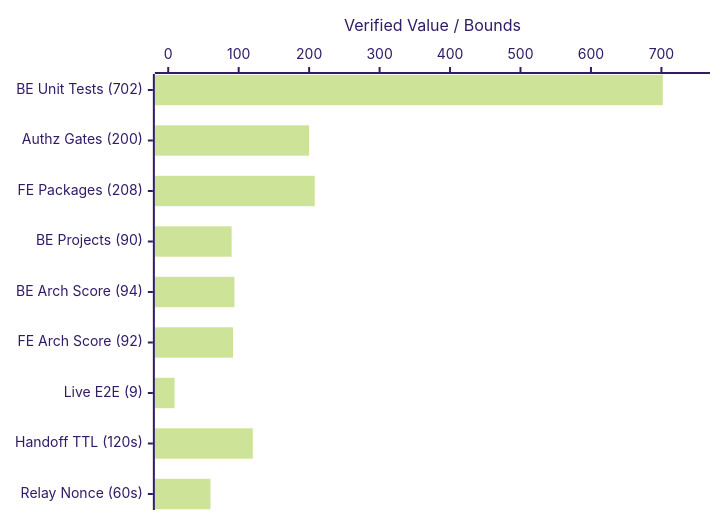
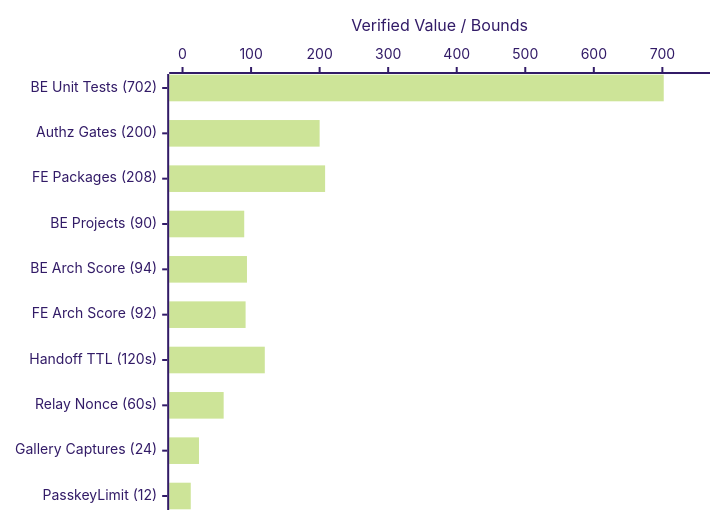
One commit to SCRIPE-org/SCRIPE-Docs-Portal changed the diagram in public/archify-hub/specs/central-identity-federation-fullstack.archify.md. Above: the diagram before and after it, drawn with Mermaid (forest theme). The commit also changed other lines of this file and 7 other files, not shown here.

Commit message:
docs(archify-hub): update Central Identity Federation v3.3.0 artifacts for post-MFA bridge, 3-DB parity, and Cloudflare/Railway edge

````diff
--- a/public/archify-hub/specs/central-identity-federation-fullstack.archify.md
+++ b/public/archify-hub/specs/central-identity-federation-fullstack.archify.md
@@ -22,6 +22,6 @@
-```mermaid title="Verified Central Federation Quality Gates & Security Timers (Observed Counts & Windows)"
+```mermaid title="Verified Central Federation Quality Gates, Timers & Multi-DB Scoreboard"
 xychart-beta horizontal
-  x-axis ["BE Unit Tests (702)", "Authz Gates (200)", "FE Packages (208)", "BE Projects (90)", "BE Arch Score (94)", "FE Arch Score (92)", "Live E2E (9)", "Handoff TTL (120s)", "Relay Nonce (60s)"]
+  x-axis ["BE Unit Tests (702)", "Authz Gates (200)", "FE Packages (208)", "BE Projects (90)", "BE Arch Score (94)", "FE Arch Score (92)", "Handoff TTL (120s)", "Relay Nonce (60s)", "Gallery Captures (24)", "PasskeyLimit (12)"]
   y-axis "Verified Value / Bounds" 0 --> 750
-  bar "Observed Metric" [702, 200, 208, 90, 94, 92, 9, 120, 60]
+  bar "Observed Metric" [702, 200, 208, 90, 94, 92, 120, 60, 24, 12]
 ```
````
